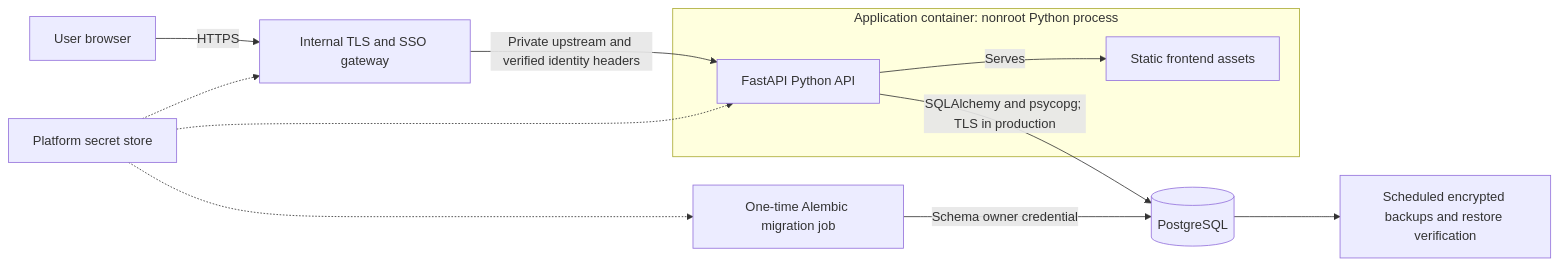
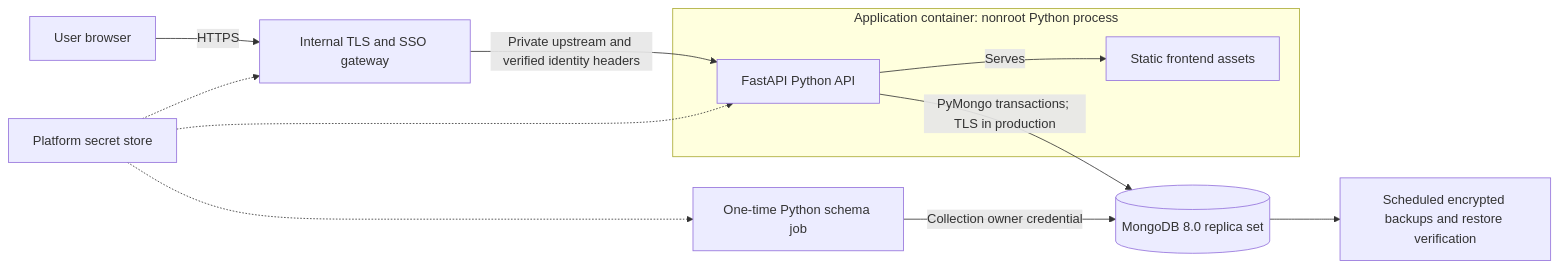
Before and after one commit to hjahangh/asic-tracker: the diagram in docs/HOSTING.md, drawn with Mermaid. The commit also changed other lines of this file and 38 other files, not shown here.

First line of the commit message:
Replace PostgreSQL persistence with transactional MongoDB

````diff
--- a/docs/HOSTING.md
+++ b/docs/HOSTING.md
@@ -5,16 +5,16 @@
 ```mermaid
 flowchart LR
     U[User browser] -->|HTTPS| G[Internal TLS and SSO gateway]
     G -->|Private upstream and verified identity headers| P
     subgraph APP["Application container: nonroot Python process"]
       F[Static frontend assets]
       P[FastAPI Python API]
       P -->|Serves| F
     end
-    P -->|SQLAlchemy and psycopg; TLS in production| D[(PostgreSQL)]
-    M[One-time Alembic migration job] -->|Schema owner credential| D
+    P -->|PyMongo transactions; TLS in production| D[(MongoDB 8.0 replica set)]
+    M[One-time Python schema job] -->|Collection owner credential| D
     S[Platform secret store] -.-> G
     S -.-> P
     S -.-> M
     D --> B[Scheduled encrypted backups and restore verification]
 ```
````
